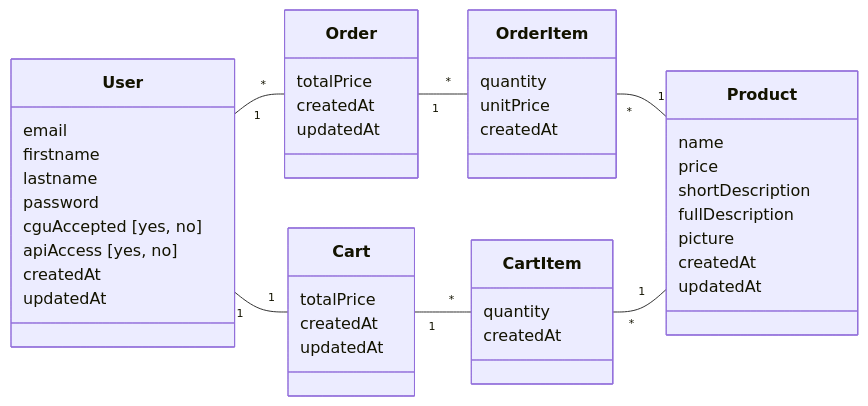
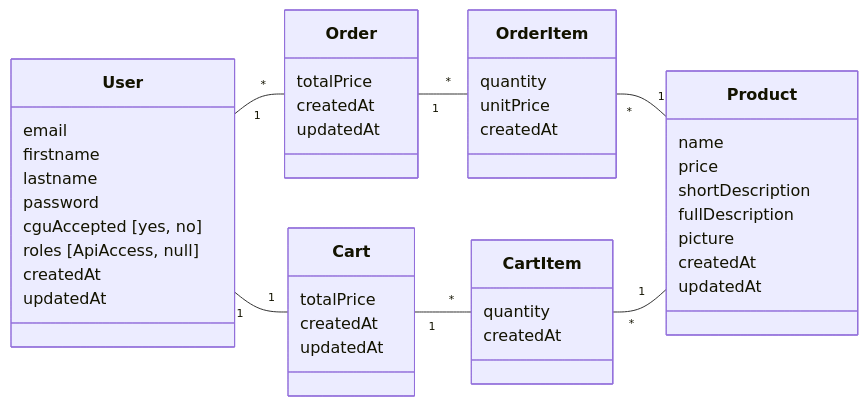
One commit to Vivien60/Formation_OC_Symfony_P13_ecommerce-And-API changed the diagram in README.md. Above: the diagram before and after it, drawn with Mermaid.

Commit message:
Feat: accès api #61 L'accès à la route api/products ne renvoyait pas le bon code d'erreur : l'authenticator de Lexi surchargeait le code d'erreur et renvoyait un 401. On ajoute donc un controler d'accès en plus de l'user checker.

````diff
--- a/README.md
+++ b/README.md
@@ -4,54 +4,54 @@
 ```mermaid
 classDiagram
 direction LR
     class Cart {
         totalPrice
         createdAt
         updatedAt
     }
 
     class Order {
         totalPrice
         createdAt
         updatedAt
     }
     
     class User {
 	    email
 	    firstname
 	    lastname
 	    password
 	    cguAccepted [yes, no]
-	    apiAccess [yes, no]
+	    roles [ApiAccess, null]
         createdAt
         updatedAt
     }
 
     class Product {
         name
         price
         shortDescription
         fullDescription
         picture
         createdAt
         updatedAt
     }
 
     class OrderItem {
         quantity
         unitPrice
         createdAt
     }
 
     class CartItem {                                                                                                                                                                          
         quantity
         createdAt
     } 
 
     User "1" -- "1" Cart
     User "1" -- "*" Order
     Order "1" -- "*" OrderItem
     OrderItem "*" -- "1" Product
     Cart "1" -- "*" CartItem
     CartItem "*" -- "1" Product
 ```
````
